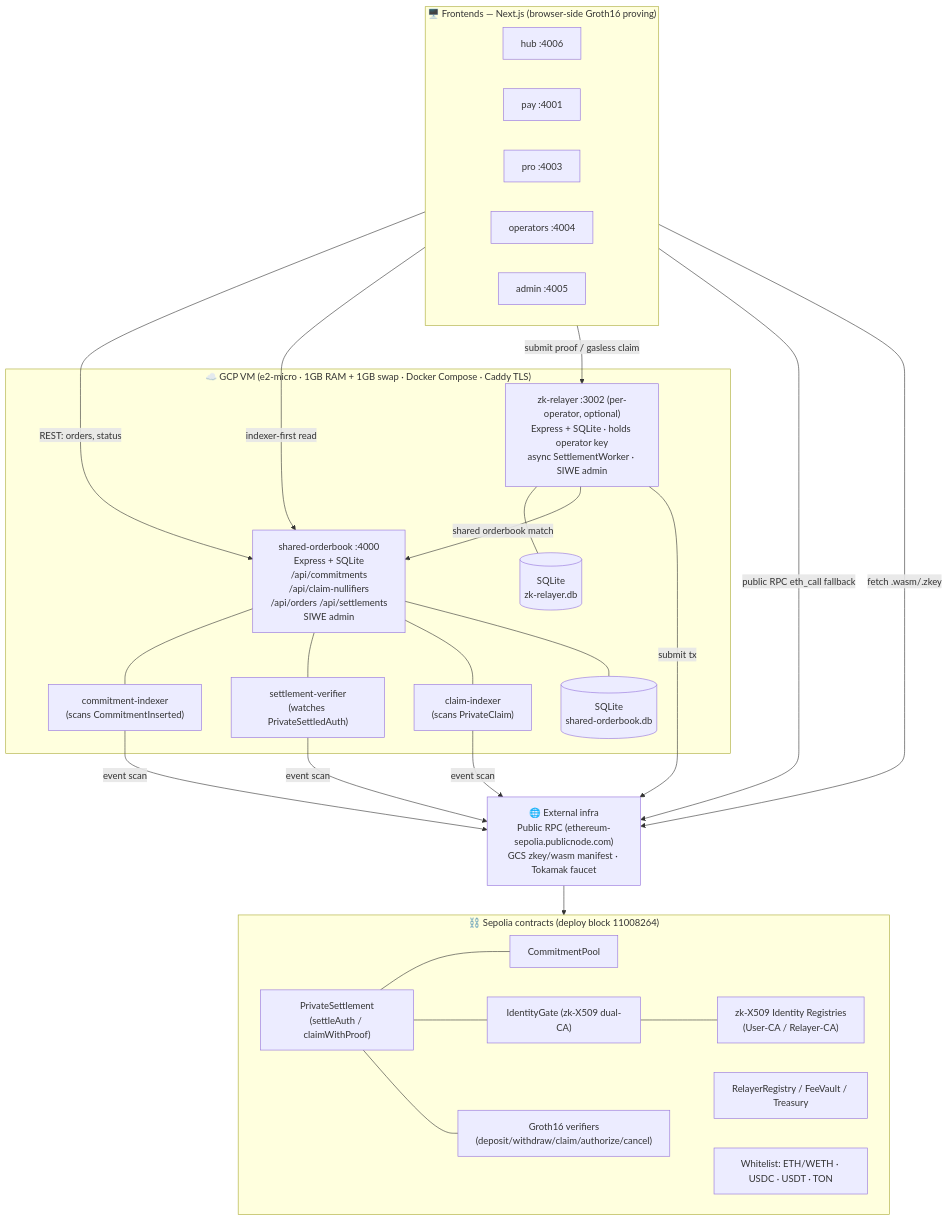
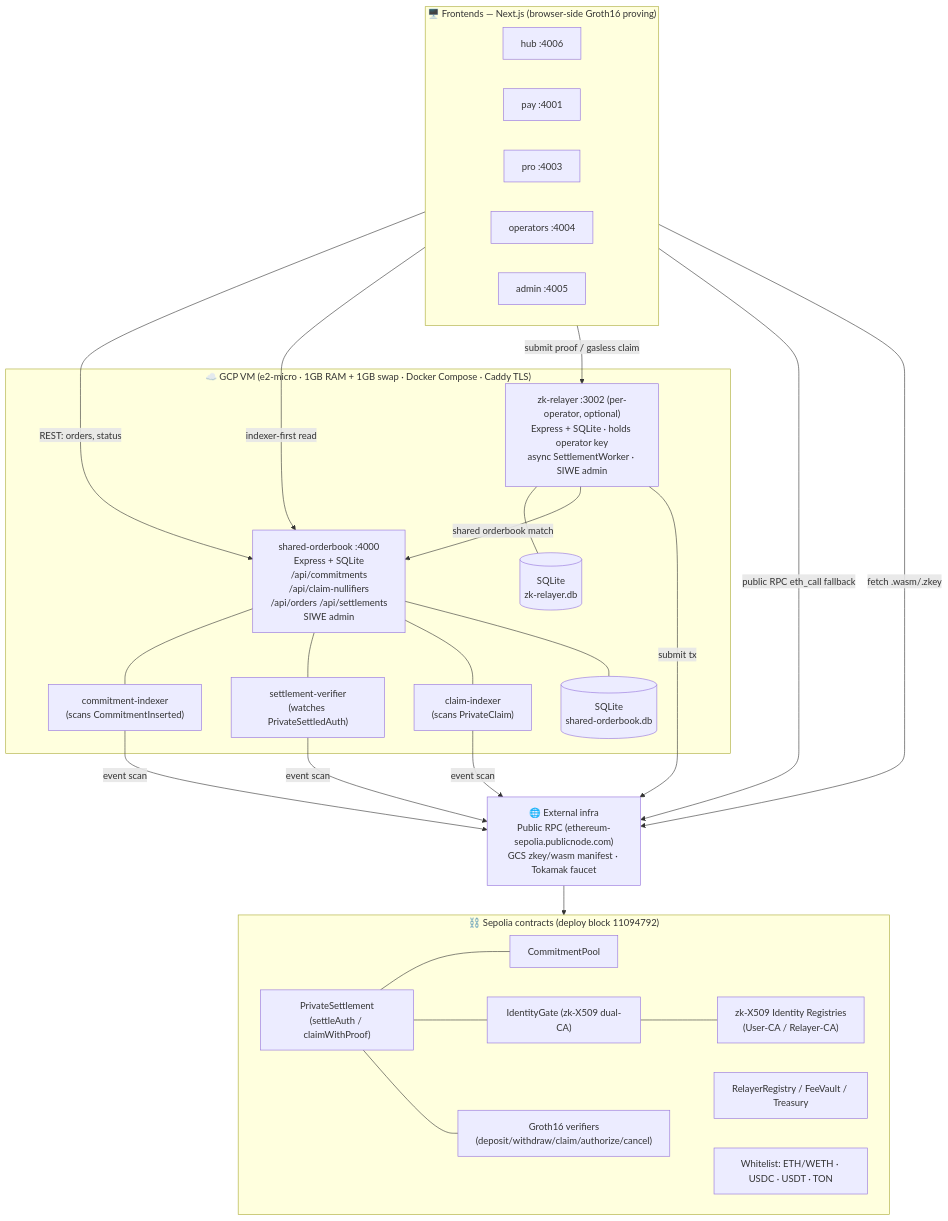
The diagram in docs/operations/sepolia-architecture.md (tokamak-network/scatter-dex), drawn with Mermaid before and after one commit. The commit also changed other lines of this file and 2 other files, not shown here.

First line of the commit message:
docs: bring Sepolia addresses + deploy block current to the redeploy

````diff
--- a/docs/operations/sepolia-architecture.md
+++ b/docs/operations/sepolia-architecture.md
@@ -13,47 +13,47 @@
 ```mermaid
 flowchart TB
   subgraph Client["🖥️ Frontends — Next.js (browser-side Groth16 proving)"]
     HUB["hub :4006"]
     PAY["pay :4001"]
     PRO["pro :4003"]
     OPS["operators :4004"]
     ADMIN["admin :4005"]
   end
 
   subgraph VM["☁️ GCP VM (e2-micro · 1GB RAM + 1GB swap · Docker Compose · Caddy TLS)"]
     OB["shared-orderbook :4000<br/>Express + SQLite<br/>/api/commitments<br/>/api/claim-nullifiers<br/>/api/orders /api/settlements<br/>SIWE admin"]
     IDX1["commitment-indexer<br/>(scans CommitmentInserted)"]
     IDX2["settlement-verifier<br/>(watches PrivateSettledAuth)"]
     IDX3["claim-indexer<br/>(scans PrivateClaim)"]
     REL["zk-relayer :3002 (per-operator, optional)<br/>Express + SQLite · holds operator key<br/>async SettlementWorker · SIWE admin"]
     DB_OB[("SQLite<br/>shared-orderbook.db")]
     DB_REL[("SQLite<br/>zk-relayer.db")]
   end
 
-  subgraph Chain["⛓️ Sepolia contracts (deploy block 11008264)"]
+  subgraph Chain["⛓️ Sepolia contracts (deploy block 11094792)"]
     CP["CommitmentPool"]
     PS["PrivateSettlement<br/>(settleAuth / claimWithProof)"]
     IG["IdentityGate (zk-X509 dual-CA)"]
     REG["RelayerRegistry / FeeVault / Treasury"]
     VER["Groth16 verifiers<br/>(deposit/withdraw/claim/authorize/cancel)"]
     X509["zk-X509 Identity Registries<br/>(User-CA / Relayer-CA)"]
     TOK["Whitelist: ETH/WETH · USDC · USDT · TON"]
   end
 
   EXT["🌐 External infra<br/>Public RPC (ethereum-sepolia.publicnode.com)<br/>GCS zkey/wasm manifest · Tokamak faucet"]
 
   Client -->|REST: orders, status| OB
   Client -->|indexer-first read| OB
   Client -->|submit proof / gasless claim| REL
   Client -->|public RPC eth_call fallback| EXT
   Client -->|fetch .wasm/.zkey| EXT
   OB --- IDX1 & IDX2 & IDX3
   OB --- DB_OB
   REL --- DB_REL
   REL -->|shared orderbook match| OB
   IDX1 & IDX2 & IDX3 -->|event scan| EXT
   REL -->|submit tx| EXT
   EXT --> Chain
   PS --- CP & IG & VER
   IG --- X509
 ```
````
